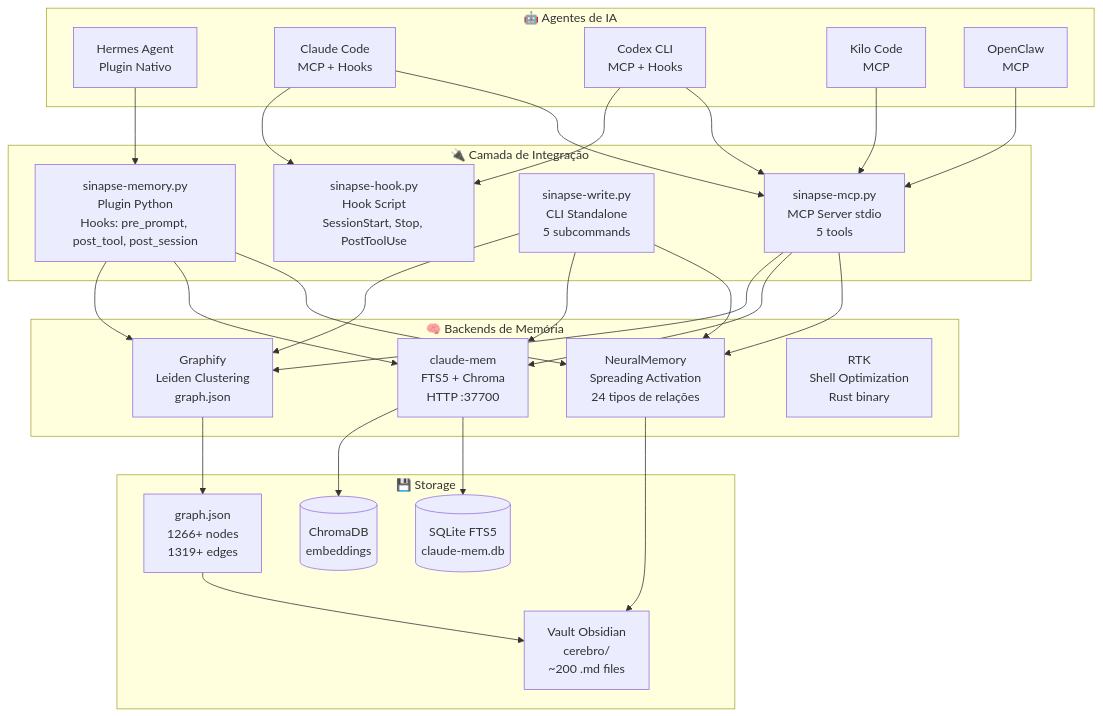
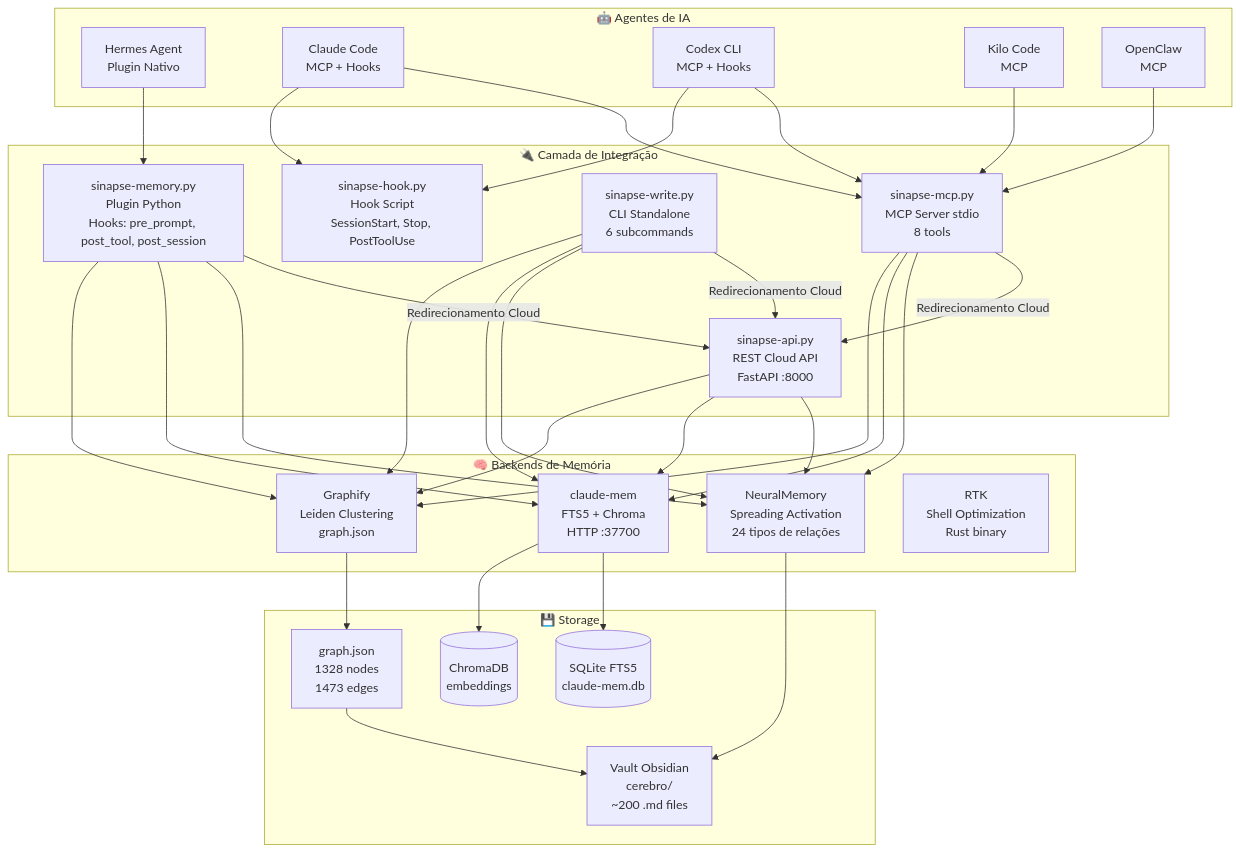
Before and after one commit to Mlaurindo30/Hive-Mind: the first of 8 diagrams in docs/05-blueprints.md, drawn with Mermaid. The commit also changed other lines of this file and 17 other files, not shown here.

Commit message:
feat: implement parallel context fusion, auto-zettelkasten, and cloud memory api (fases 4.1, 4.2, 4.3)

````diff
--- a/docs/05-blueprints.md
+++ b/docs/05-blueprints.md
@@ -10,55 +10,64 @@
 ```mermaid
 graph TB
     subgraph AGENTS["🤖 Agentes de IA"]
         H[Hermes Agent<br/>Plugin Nativo]
         CC[Claude Code<br/>MCP + Hooks]
         CX[Codex CLI<br/>MCP + Hooks]
         KC[Kilo Code<br/>MCP]
         OC[OpenClaw<br/>MCP]
     end
 
     subgraph INTEGRATION["🔌 Camada de Integração"]
         PLUGIN[sinapse-memory.py<br/>Plugin Python<br/>Hooks: pre_prompt, post_tool, post_session]
-        MCP[sinapse-mcp.py<br/>MCP Server stdio<br/>5 tools]
-        CLI[sinapse-write.py<br/>CLI Standalone<br/>5 subcommands]
+        MCP[sinapse-mcp.py<br/>MCP Server stdio<br/>8 tools]
+        CLI[sinapse-write.py<br/>CLI Standalone<br/>6 subcommands]
         HOOK[sinapse-hook.py<br/>Hook Script<br/>SessionStart, Stop, PostToolUse]
+        API[sinapse-api.py<br/>REST Cloud API<br/>FastAPI :8000]
     end
 
     subgraph BACKENDS["🧠 Backends de Memória"]
         NM[NeuralMemory<br/>Spreading Activation<br/>24 tipos de relações]
         CM[claude-mem<br/>FTS5 + Chroma<br/>HTTP :37700]
         GF[Graphify<br/>Leiden Clustering<br/>graph.json]
         RTK[RTK<br/>Shell Optimization<br/>Rust binary]
     end
 
     subgraph STORAGE["💾 Storage"]
         VAULT[Vault Obsidian<br/>cerebro/<br/>~200 .md files]
-        GRAPH[graph.json<br/>1266+ nodes<br/>1319+ edges]
+        GRAPH[graph.json<br/>1328 nodes<br/>1473 edges]
         SQLITE[(SQLite FTS5<br/>claude-mem.db)]
         CHROMA[(ChromaDB<br/>embeddings)]
     end
 
     H --> PLUGIN
     CC --> MCP
     CC --> HOOK
     CX --> MCP
     CX --> HOOK
     KC --> MCP
     OC --> MCP
     
+    PLUGIN -->|Redirecionamento Cloud| API
+    MCP -->|Redirecionamento Cloud| API
+    CLI -->|Redirecionamento Cloud| API
+    
     PLUGIN --> NM
     PLUGIN --> CM
     PLUGIN --> GF
     MCP --> NM
     MCP --> CM
     MCP --> GF
     CLI --> NM
     CLI --> CM
     CLI --> GF
     
+    API --> NM
+    API --> CM
+    API --> GF
+    
     NM --> VAULT
     CM --> SQLITE
     CM --> CHROMA
     GF --> GRAPH
     GRAPH --> VAULT
 ```
````
